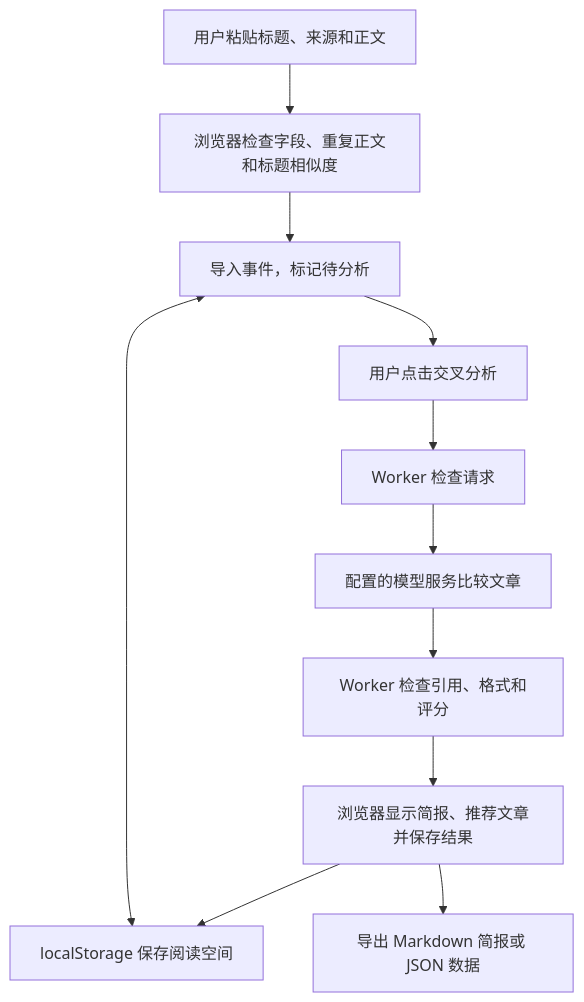
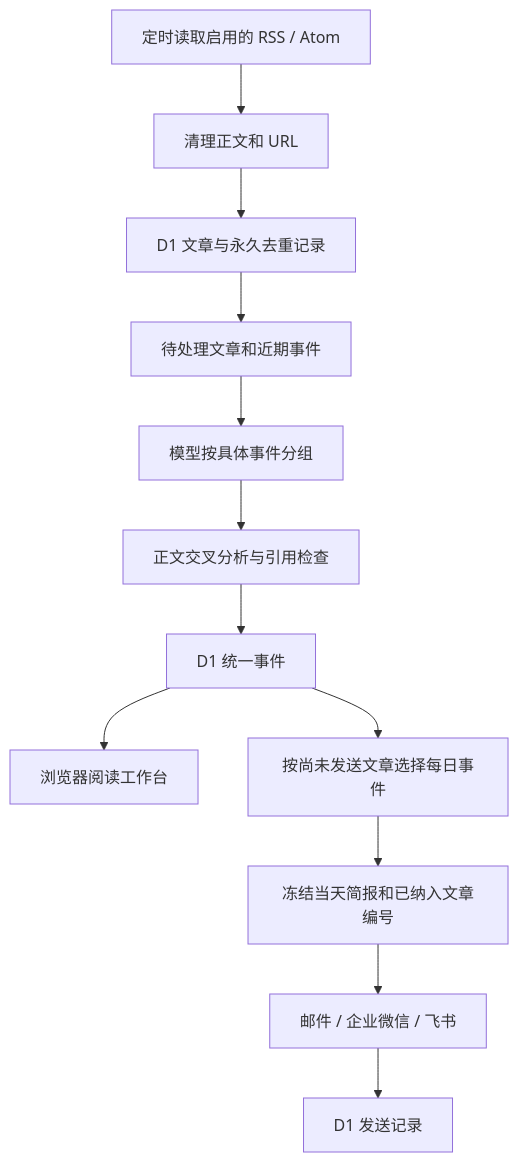
Before and after one commit to sulik0/lingxi-tech-reader: the diagram in ARCHITECTURE.md, drawn with Mermaid. The commit also changed other lines of this file and 26 other files, not shown here.

````diff
--- a/ARCHITECTURE.md
+++ b/ARCHITECTURE.md
@@ -24,13 +25,14 @@
 ```mermaid
 flowchart TD
-    A[用户粘贴标题、来源和正文] --> B[浏览器检查字段、重复正文和标题相似度]
-    B --> C[导入事件，标记待分析]
-    C <--> D[localStorage 保存阅读空间]
-    C --> E[用户点击交叉分析]
-    E --> F[Worker 检查请求]
-    F --> G[配置的模型服务比较文章]
-    G --> H[Worker 检查引用、格式和评分]
-    H --> I[浏览器显示简报、推荐文章并保存结果]
-    I --> D
-    I --> J[导出 Markdown 简报或 JSON 数据]
+  A[定时读取启用的 RSS / Atom] --> B[清理正文和 URL]
+  B --> C[D1 文章与永久去重记录]
+  C --> D[待处理文章和近期事件]
+  D --> E[模型按具体事件分组]
+  E --> F[正文交叉分析与引用检查]
+  F --> G[D1 统一事件]
+  G --> H[浏览器阅读工作台]
+  G --> I[按尚未发送文章选择每日事件]
+  I --> J[冻结当天简报和已纳入文章编号]
+  J --> K[邮件 / 企业微信 / 飞书]
+  K --> L[D1 发送记录]
 ```
````
